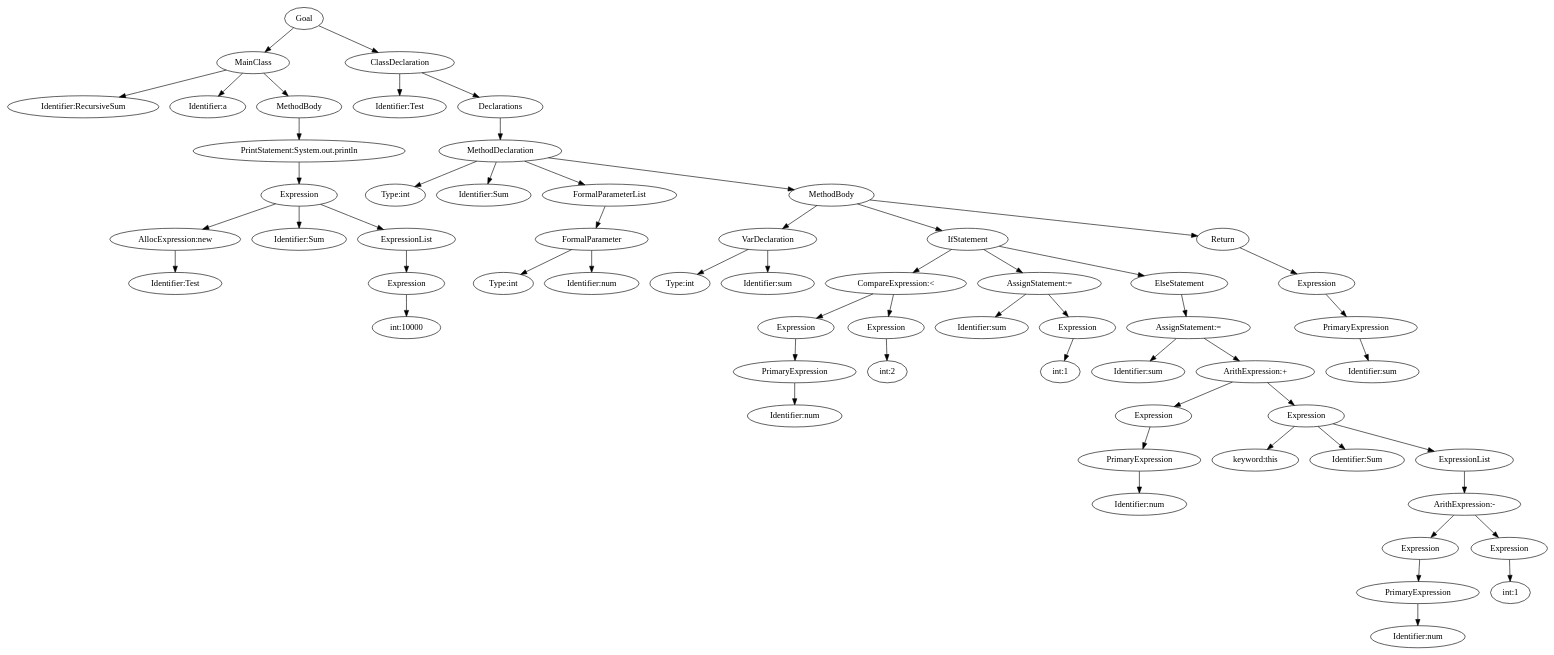
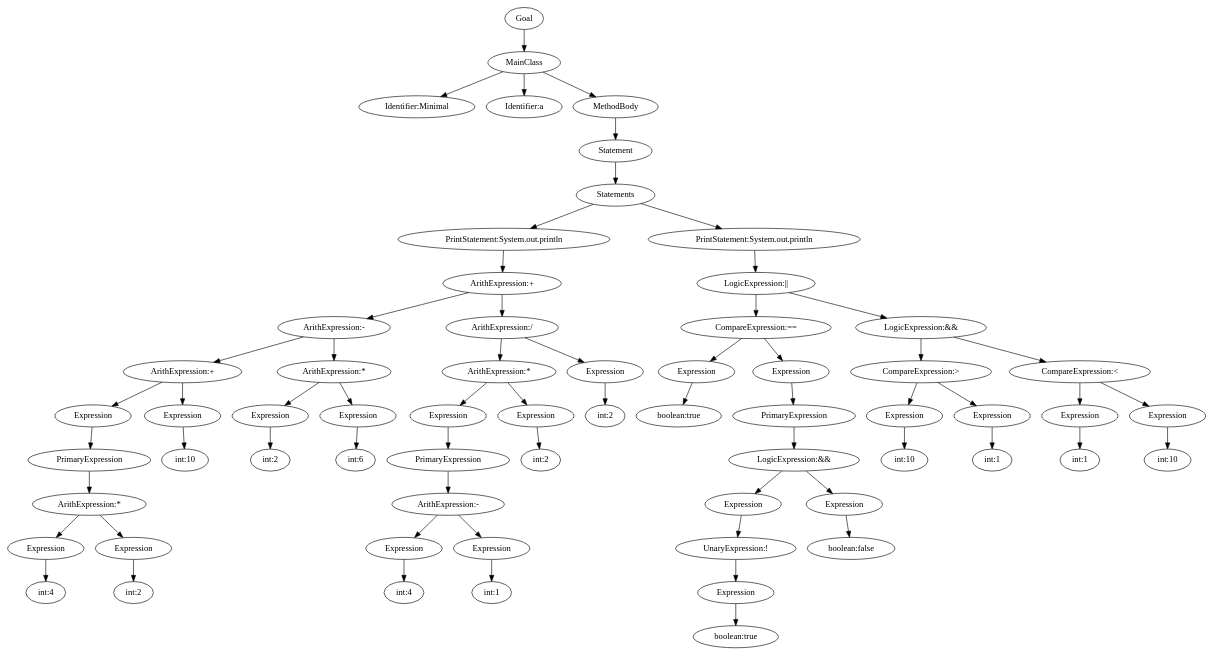
Before and after one commit to alexyhb/Compiler3IR: the diagram in ast.dot, drawn with Graphviz. The commit also changed 67 other files, not shown here.

```diff
--- a/ast.dot
+++ b/ast.dot
@@ -1,119 +1,127 @@
 digraph {
 n0 [label="Goal"];
 n1 [label="MainClass"];
-n2 [label="Identifier:RecursiveSum"];
+n2 [label="Identifier:Minimal"];
 n1 -> n2;
 n3 [label="Identifier:a"];
 n1 -> n3;
 n4 [label="MethodBody"];
-n5 [label="PrintStatement:System.out.println"];
-n6 [label="Expression"];
-n7 [label="AllocExpression:new"];
-n8 [label="Identifier:Test"];
+n5 [label="Statement"];
+n6 [label="Statements"];
+n7 [label="PrintStatement:System.out.println"];
+n8 [label="ArithExpression:+"];
+n9 [label="ArithExpression:-"];
+n10 [label="ArithExpression:+"];
+n11 [label="Expression"];
+n12 [label="PrimaryExpression"];
+n13 [label="ArithExpression:*"];
+n14 [label="Expression"];
+n15 [label="int:4"];
+n14 -> n15;
+n13 -> n14;
+n16 [label="Expression"];
+n17 [label="int:2"];
+n16 -> n17;
+n13 -> n16;
+n12 -> n13;
+n11 -> n12;
+n10 -> n11;
+n18 [label="Expression"];
+n19 [label="int:10"];
+n18 -> n19;
+n10 -> n18;
+n9 -> n10;
+n20 [label="ArithExpression:*"];
+n21 [label="Expression"];
+n22 [label="int:2"];
+n21 -> n22;
+n20 -> n21;
+n23 [label="Expression"];
+n24 [label="int:6"];
+n23 -> n24;
+n20 -> n23;
+n9 -> n20;
+n8 -> n9;
+n25 [label="ArithExpression:/"];
+n26 [label="ArithExpression:*"];
+n27 [label="Expression"];
+n28 [label="PrimaryExpression"];
+n29 [label="ArithExpression:-"];
+n30 [label="Expression"];
+n31 [label="int:4"];
+n30 -> n31;
+n29 -> n30;
+n32 [label="Expression"];
+n33 [label="int:1"];
+n32 -> n33;
+n29 -> n32;
+n28 -> n29;
+n27 -> n28;
+n26 -> n27;
+n34 [label="Expression"];
+n35 [label="int:2"];
+n34 -> n35;
+n26 -> n34;
+n25 -> n26;
+n36 [label="Expression"];
+n37 [label="int:2"];
+n36 -> n37;
+n25 -> n36;
+n8 -> n25;
 n7 -> n8;
 n6 -> n7;
-n9 [label="Identifier:Sum"];
-n6 -> n9;
-n10 [label="ExpressionList"];
-n11 [label="Expression"];
-n12 [label="int:10000"];
-n11 -> n12;
-n10 -> n11;
-n6 -> n10;
+n38 [label="PrintStatement:System.out.println"];
+n39 [label="LogicExpression:||"];
+n40 [label="CompareExpression:=="];
+n41 [label="Expression"];
+n42 [label="boolean:true"];
+n41 -> n42;
+n40 -> n41;
+n43 [label="Expression"];
+n44 [label="PrimaryExpression"];
+n45 [label="LogicExpression:&&"];
+n46 [label="Expression"];
+n47 [label="UnaryExpression:!"];
+n48 [label="Expression"];
+n49 [label="boolean:true"];
+n48 -> n49;
+n47 -> n48;
+n46 -> n47;
+n45 -> n46;
+n50 [label="Expression"];
+n51 [label="boolean:false"];
+n50 -> n51;
+n45 -> n50;
+n44 -> n45;
+n43 -> n44;
+n40 -> n43;
+n39 -> n40;
+n52 [label="LogicExpression:&&"];
+n53 [label="CompareExpression:>"];
+n54 [label="Expression"];
+n55 [label="int:10"];
+n54 -> n55;
+n53 -> n54;
+n56 [label="Expression"];
+n57 [label="int:1"];
+n56 -> n57;
+n53 -> n56;
+n52 -> n53;
+n58 [label="CompareExpression:<"];
+n59 [label="Expression"];
+n60 [label="int:1"];
+n59 -> n60;
+n58 -> n59;
+n61 [label="Expression"];
+n62 [label="int:10"];
+n61 -> n62;
+n58 -> n61;
+n52 -> n58;
+n39 -> n52;
+n38 -> n39;
+n6 -> n38;
 n5 -> n6;
 n4 -> n5;
 n1 -> n4;
 n0 -> n1;
-n13 [label="ClassDeclaration"];
-n14 [label="Identifier:Test"];
-n13 -> n14;
-n15 [label="Declarations"];
-n16 [label="MethodDeclaration"];
-n17 [label="Type:int"];
-n16 -> n17;
-n18 [label="Identifier:Sum"];
-n16 -> n18;
-n19 [label="FormalParameterList"];
-n20 [label="FormalParameter"];
-n21 [label="Type:int"];
-n20 -> n21;
-n22 [label="Identifier:num"];
-n20 -> n22;
-n19 -> n20;
-n16 -> n19;
-n23 [label="MethodBody"];
-n24 [label="VarDeclaration"];
-n25 [label="Type:int"];
-n24 -> n25;
-n26 [label="Identifier:sum"];
-n24 -> n26;
-n23 -> n24;
-n27 [label="IfStatement"];
-n28 [label="CompareExpression:<"];
-n29 [label="Expression"];
-n30 [label="PrimaryExpression"];
-n31 [label="Identifier:num"];
-n30 -> n31;
-n29 -> n30;
-n28 -> n29;
-n32 [label="Expression"];
-n33 [label="int:2"];
-n32 -> n33;
-n28 -> n32;
-n27 -> n28;
-n34 [label="AssignStatement:="];
-n35 [label="Identifier:sum"];
-n34 -> n35;
-n36 [label="Expression"];
-n37 [label="int:1"];
-n36 -> n37;
-n34 -> n36;
-n27 -> n34;
-n38 [label="ElseStatement"];
-n39 [label="AssignStatement:="];
-n40 [label="Identifier:sum"];
-n39 -> n40;
-n41 [label="ArithExpression:+"];
-n42 [label="Expression"];
-n43 [label="PrimaryExpression"];
-n44 [label="Identifier:num"];
-n43 -> n44;
-n42 -> n43;
-n41 -> n42;
-n45 [label="Expression"];
-n46 [label="keyword:this"];
-n45 -> n46;
-n47 [label="Identifier:Sum"];
-n45 -> n47;
-n48 [label="ExpressionList"];
-n49 [label="ArithExpression:-"];
-n50 [label="Expression"];
-n51 [label="PrimaryExpression"];
-n52 [label="Identifier:num"];
-n51 -> n52;
-n50 -> n51;
-n49 -> n50;
-n53 [label="Expression"];
-n54 [label="int:1"];
-n53 -> n54;
-n49 -> n53;
-n48 -> n49;
-n45 -> n48;
-n41 -> n45;
-n39 -> n41;
-n38 -> n39;
-n27 -> n38;
-n23 -> n27;
-n55 [label="Return"];
-n56 [label="Expression"];
-n57 [label="PrimaryExpression"];
-n58 [label="Identifier:sum"];
-n57 -> n58;
-n56 -> n57;
-n55 -> n56;
-n23 -> n55;
-n16 -> n23;
-n15 -> n16;
-n13 -> n15;
-n0 -> n13;
 }
```
